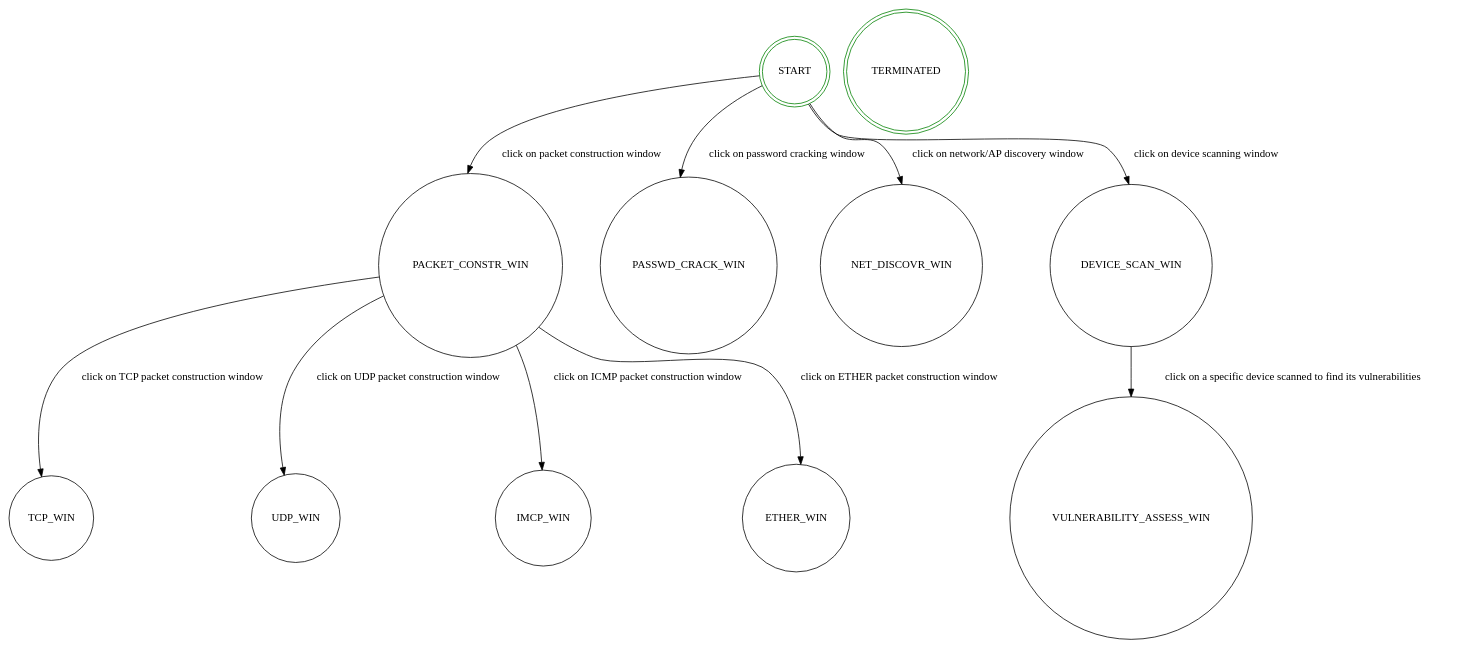
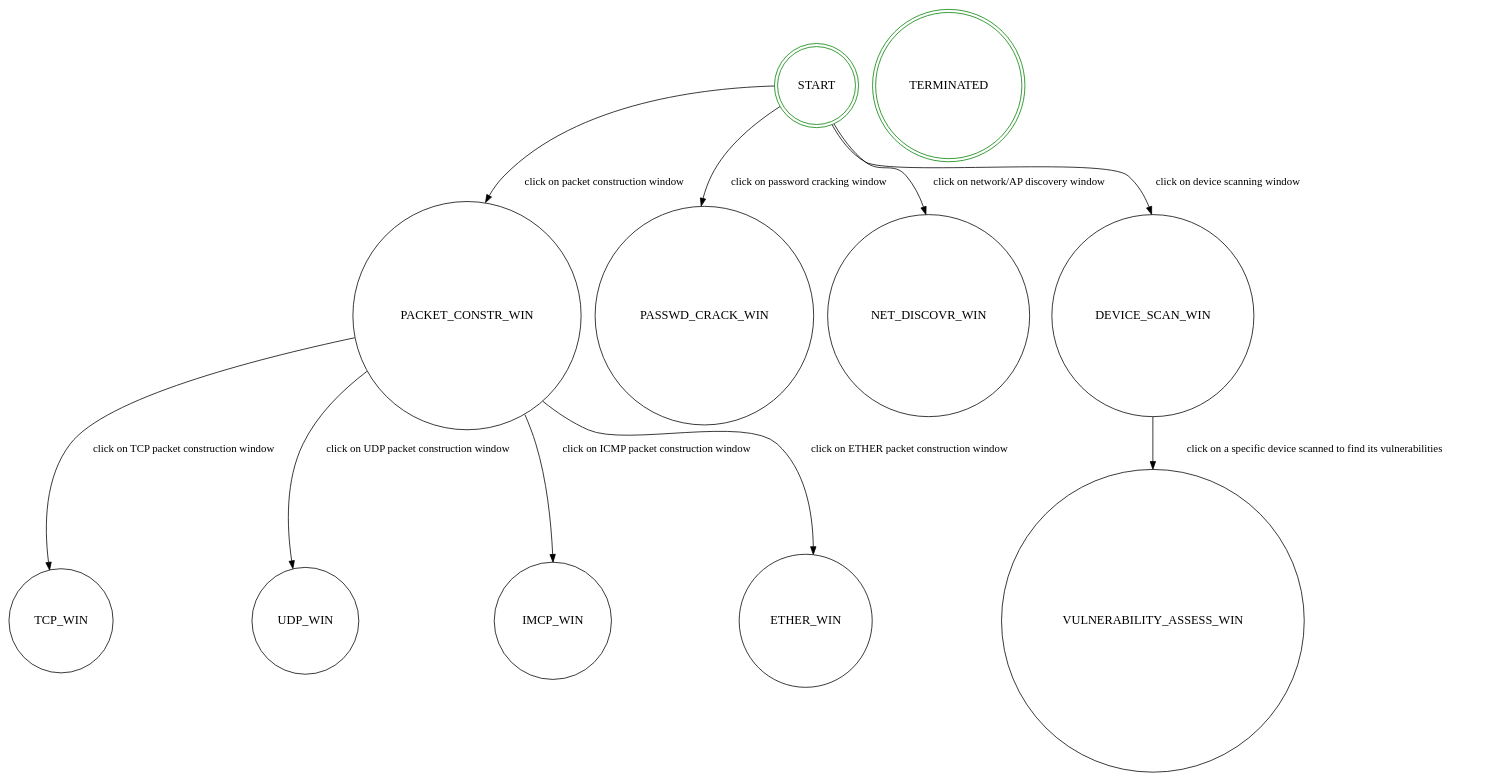
The diagram in graphh.dot (amin-jafarpour/COMP8800), drawn with Graphviz before and after one commit. The commit also changed 1 other file, not shown here.

```diff
--- a/graphh.dot
+++ b/graphh.dot
@@ -1,17 +1,18 @@
 digraph G {
-    node [shape=circle]
+//     graph[bgcolor=black];
+    node [shape=circle, fontsize=16, fillcolor=gray20];
     START [peripheries=2, color=green];
     TERMINATED [peripheries=2, color=green];
 
     START -> PACKET_CONSTR_WIN [label="click on packet construction window"];
     PACKET_CONSTR_WIN -> TCP_WIN [label="click on TCP packet construction window"];
     PACKET_CONSTR_WIN -> UDP_WIN [label="click on UDP packet construction window"];
     PACKET_CONSTR_WIN -> IMCP_WIN [label="click on ICMP packet construction window"];
     PACKET_CONSTR_WIN -> ETHER_WIN [label="click on ETHER packet construction window"];
 
     START -> PASSWD_CRACK_WIN [label="click on password cracking window"];
     START -> NET_DISCOVR_WIN [label="click on network/AP discovery window"];
     START -> DEVICE_SCAN_WIN [label="click on device scanning window"];
     DEVICE_SCAN_WIN -> VULNERABILITY_ASSESS_WIN [label="click on a specific device scanned to find its vulnerabilities"];
 
 }
```
